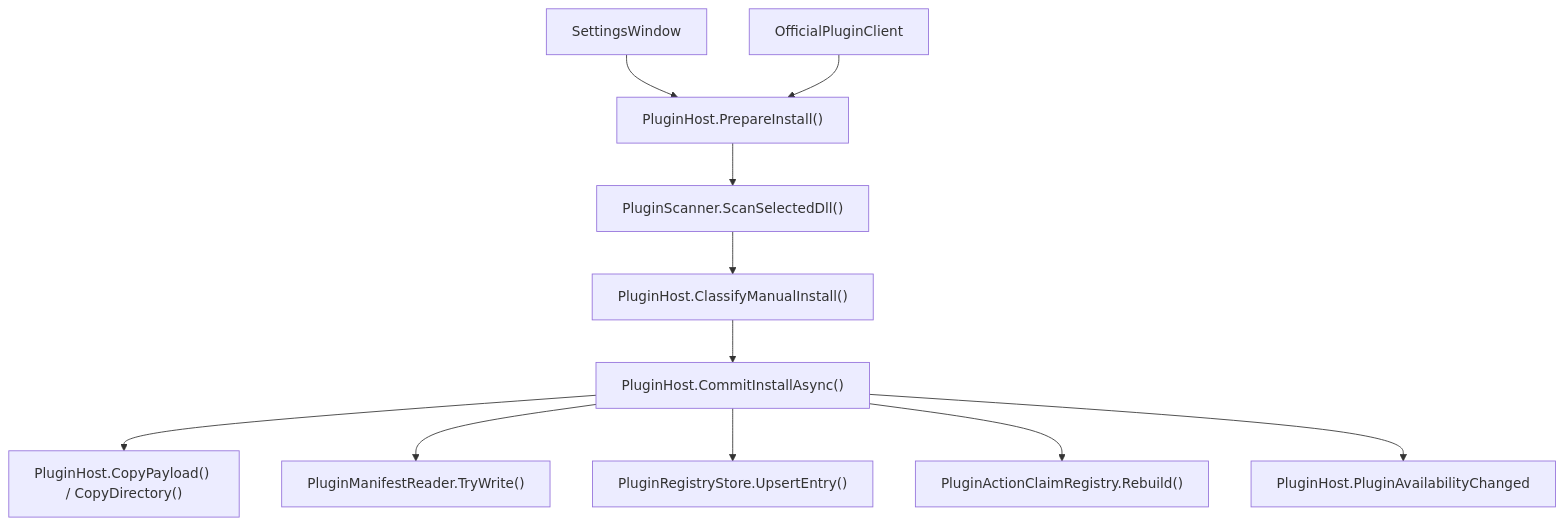
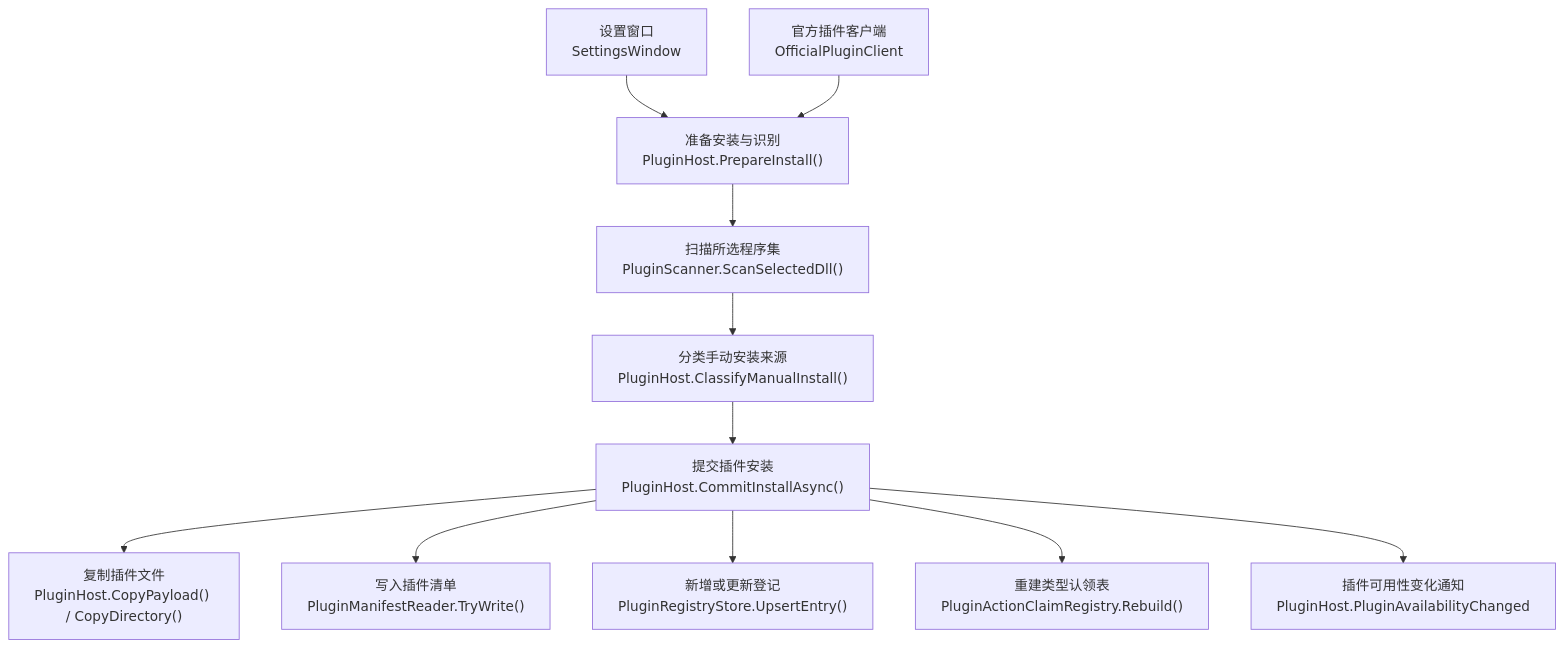
Before and after one commit to Masskii/StarPie: the fourth of 19 diagrams in plugin/docs/plugin-system-architecture-map.md, drawn with Mermaid. The commit also changed other lines of this file and 6 other files, not shown here.

````diff
--- a/plugin/docs/plugin-system-architecture-map.md
+++ b/plugin/docs/plugin-system-architecture-map.md
@@ -376,25 +424,25 @@
 ```mermaid
 flowchart TD
-    SETTINGS["SettingsWindow"]
-    OFFICIAL["OfficialPluginClient"]
-    PREPARE["PluginHost.PrepareInstall()"]
-    SCAN["PluginScanner.ScanSelectedDll()"]
-    CLASSIFY["PluginHost.ClassifyManualInstall()"]
-    COMMIT["PluginHost.CommitInstallAsync()"]
-    COPY["PluginHost.CopyPayload() / CopyDirectory()"]
-    MANIFEST["PluginManifestReader.TryWrite()"]
-    STORE["PluginRegistryStore.UpsertEntry()"]
-    CLAIM["PluginActionClaimRegistry.Rebuild()"]
-    EVENT["PluginHost.PluginAvailabilityChanged"]
+    SETTINGS["设置窗口<br/>SettingsWindow"]
+    OFFICIAL["官方插件客户端<br/>OfficialPluginClient"]
+    PREPARE["准备安装与识别<br/>PluginHost.PrepareInstall()"]
+    SCAN["扫描所选程序集<br/>PluginScanner.ScanSelectedDll()"]
+    CLASSIFY["分类手动安装来源<br/>PluginHost.ClassifyManualInstall()"]
+    COMMIT["提交插件安装<br/>PluginHost.CommitInstallAsync()"]
+    COPY["复制插件文件<br/>PluginHost.CopyPayload() / CopyDirectory()"]
+    MANIFEST["写入插件清单<br/>PluginManifestReader.TryWrite()"]
+    STORE["新增或更新登记<br/>PluginRegistryStore.UpsertEntry()"]
+    CLAIM["重建类型认领表<br/>PluginActionClaimRegistry.Rebuild()"]
+    EVENT["插件可用性变化通知<br/>PluginHost.PluginAvailabilityChanged"]
 
     SETTINGS --> PREPARE
     OFFICIAL --> PREPARE
     PREPARE --> SCAN
     SCAN --> CLASSIFY
     CLASSIFY --> COMMIT
     COMMIT --> COPY
     COMMIT --> MANIFEST
     COMMIT --> STORE
     COMMIT --> CLAIM
     COMMIT --> EVENT
 ```
````
